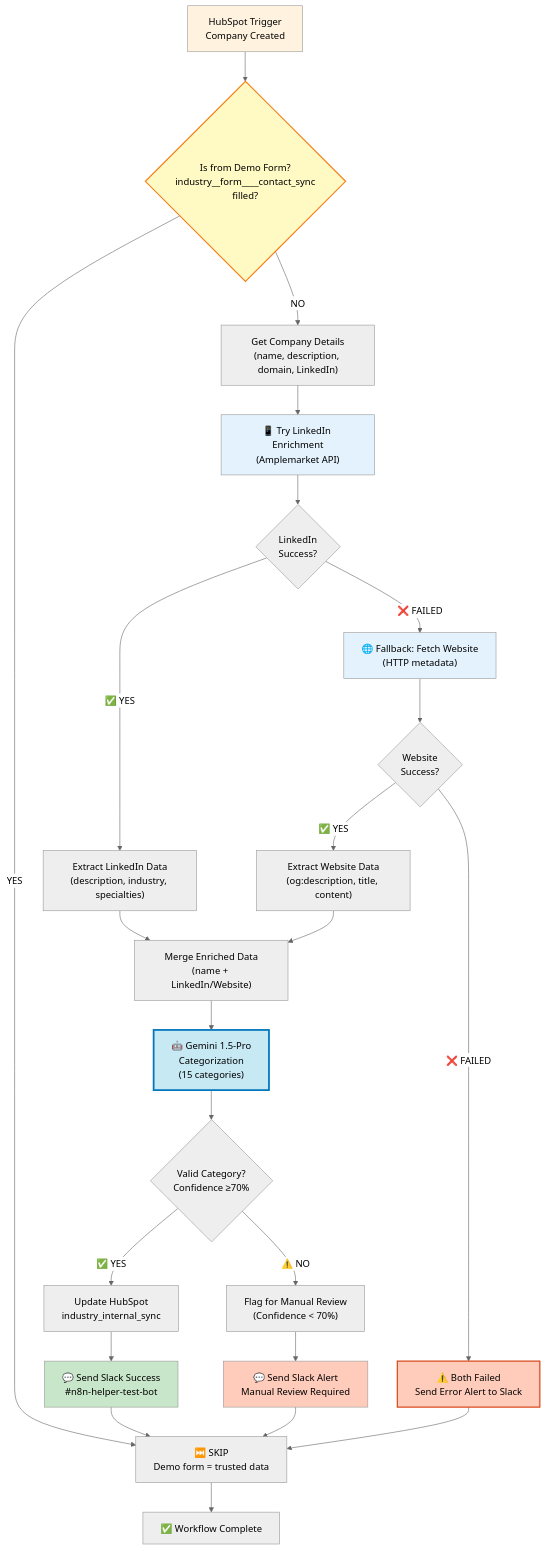
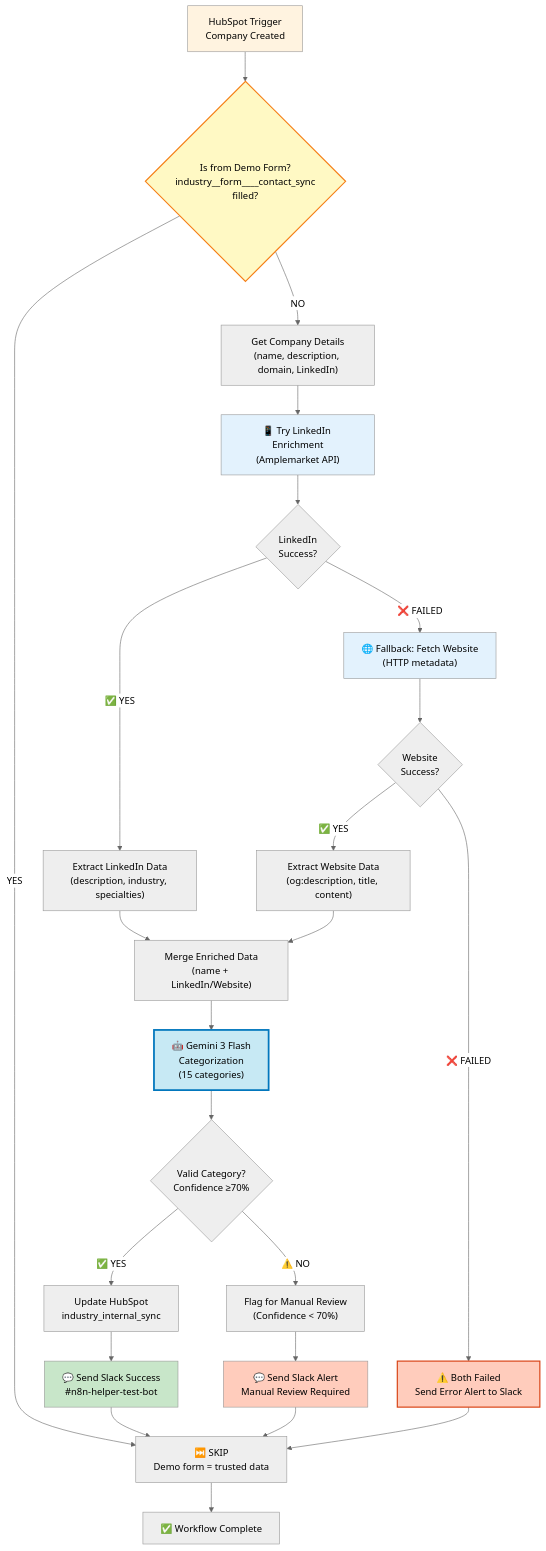
Before and after one commit to isaachasbani-legalfly/workflow-automations: the diagram in workflows/hubspot-industry-categorization/ARCHITECTURE.md, drawn with Mermaid (neutral theme). The commit also changed other lines of this file and 3 other files, not shown here.

First line of the commit message:
Update: Upgrade Gemini model to 3 Flash

````diff
--- a/workflows/hubspot-industry-categorization/ARCHITECTURE.md
+++ b/workflows/hubspot-industry-categorization/ARCHITECTURE.md
@@ -22,39 +22,39 @@
 ```mermaid
 flowchart TD
     A["HubSpot Trigger<br/>Company Created"] --> B{"Is from Demo Form?<br/>industry__form____contact_sync<br/>filled?"}
     B -->|YES| Z["⏭️ SKIP<br/>Demo form = trusted data"]
     B -->|NO| C["Get Company Details<br/>(name, description, domain, LinkedIn)"]
 
     C --> D["📱 Try LinkedIn Enrichment<br/>(Amplemarket API)"]
     D --> E{LinkedIn<br/>Success?}
     E -->|✅ YES| F["Extract LinkedIn Data<br/>(description, industry, specialties)"]
     E -->|❌ FAILED| G["🌐 Fallback: Fetch Website<br/>(HTTP metadata)"]
 
     G --> H{Website<br/>Success?}
     H -->|✅ YES| I["Extract Website Data<br/>(og:description, title, content)"]
     H -->|❌ FAILED| J["⚠️ Both Failed<br/>Send Error Alert to Slack"]
 
     F --> K["Merge Enriched Data<br/>(name + LinkedIn/Website)"]
     I --> K
     J --> Z
 
-    K --> L["🤖 Gemini 1.5-Pro<br/>Categorization<br/>(15 categories)"]
+    K --> L["🤖 Gemini 3 Flash<br/>Categorization<br/>(15 categories)"]
     L --> M{Valid Category?<br/>Confidence ≥70%}
     M -->|✅ YES| N["Update HubSpot<br/>industry_internal_sync"]
     M -->|⚠️ NO| O["Flag for Manual Review<br/>(Confidence < 70%)"]
 
     N --> P["💬 Send Slack Success<br/>#n8n-helper-test-bot"]
     O --> Q["💬 Send Slack Alert<br/>Manual Review Required"]
     P --> Z
     Q --> Z
     Z --> R["✅ Workflow Complete"]
 
     style A fill:#fff3e0
     style B fill:#fff9c4,stroke:#f57f17,stroke-width:2px
     style D fill:#e3f2fd
     style G fill:#e3f2fd
     style L fill:#c7e9f4,stroke:#0277bd,stroke-width:3px
     style J fill:#ffccbc,stroke:#d84315,stroke-width:2px
     style P fill:#c8e6c9
     style Q fill:#ffccbc
 ```
````
